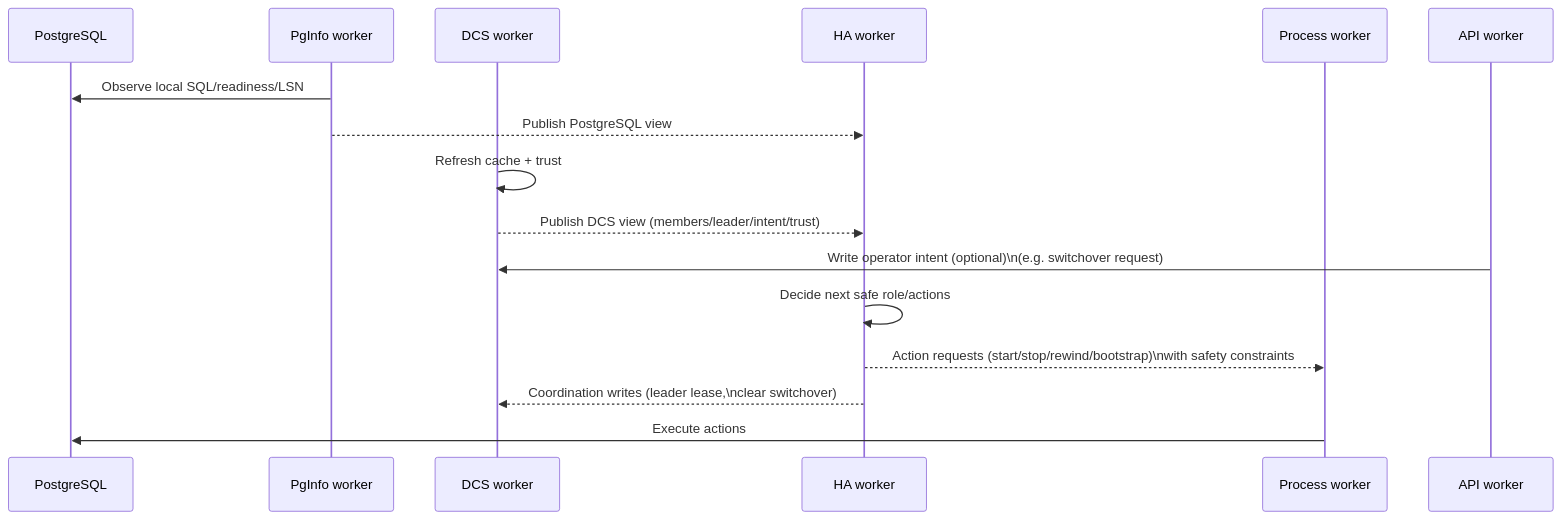
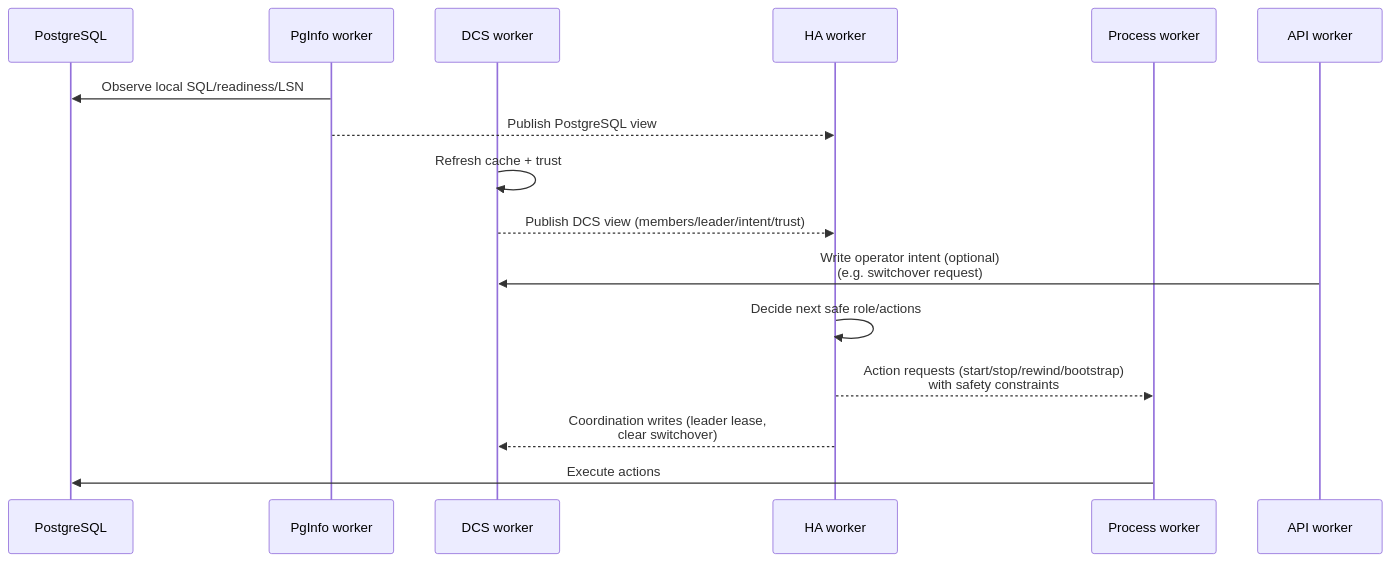
The diagram in docs/src/architecture/control-loop.md (djosh34/pgtuskmaster_rust), drawn with Mermaid before and after one commit. The commit also changed 9 other files, not shown here.

Commit message:
docs: use <br/> in mermaid labels and lint against \n

````diff
--- a/docs/src/architecture/control-loop.md
+++ b/docs/src/architecture/control-loop.md
@@ -7,23 +7,23 @@
 ```mermaid
 sequenceDiagram
   participant PG as PostgreSQL
   participant PgInfo as PgInfo worker
   participant DCS as DCS worker
   participant HA as HA worker
   participant Proc as Process worker
   participant API as API worker
 
   PgInfo->>PG: Observe local SQL/readiness/LSN
   PgInfo-->>HA: Publish PostgreSQL view
 
   DCS->>DCS: Refresh cache + trust
   DCS-->>HA: Publish DCS view (members/leader/intent/trust)
 
-  API->>DCS: Write operator intent (optional)\n(e.g. switchover request)
+  API->>DCS: Write operator intent (optional)<br/>(e.g. switchover request)
 
   HA->>HA: Decide next safe role/actions
-  HA-->>Proc: Action requests (start/stop/rewind/bootstrap)\nwith safety constraints
-  HA-->>DCS: Coordination writes (leader lease,\nclear switchover)
+  HA-->>Proc: Action requests (start/stop/rewind/bootstrap)<br/>with safety constraints
+  HA-->>DCS: Coordination writes (leader lease,<br/>clear switchover)
 
   Proc->>PG: Execute actions
 ```
````
